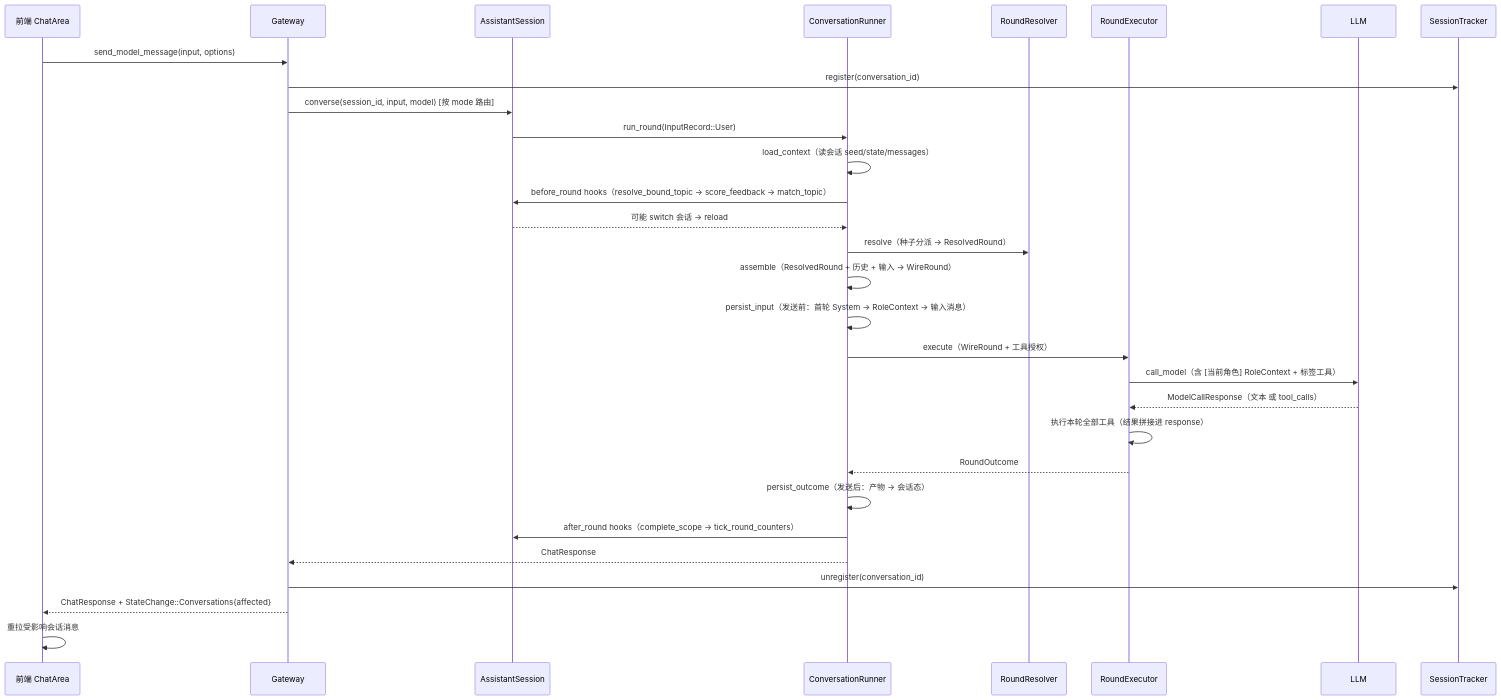
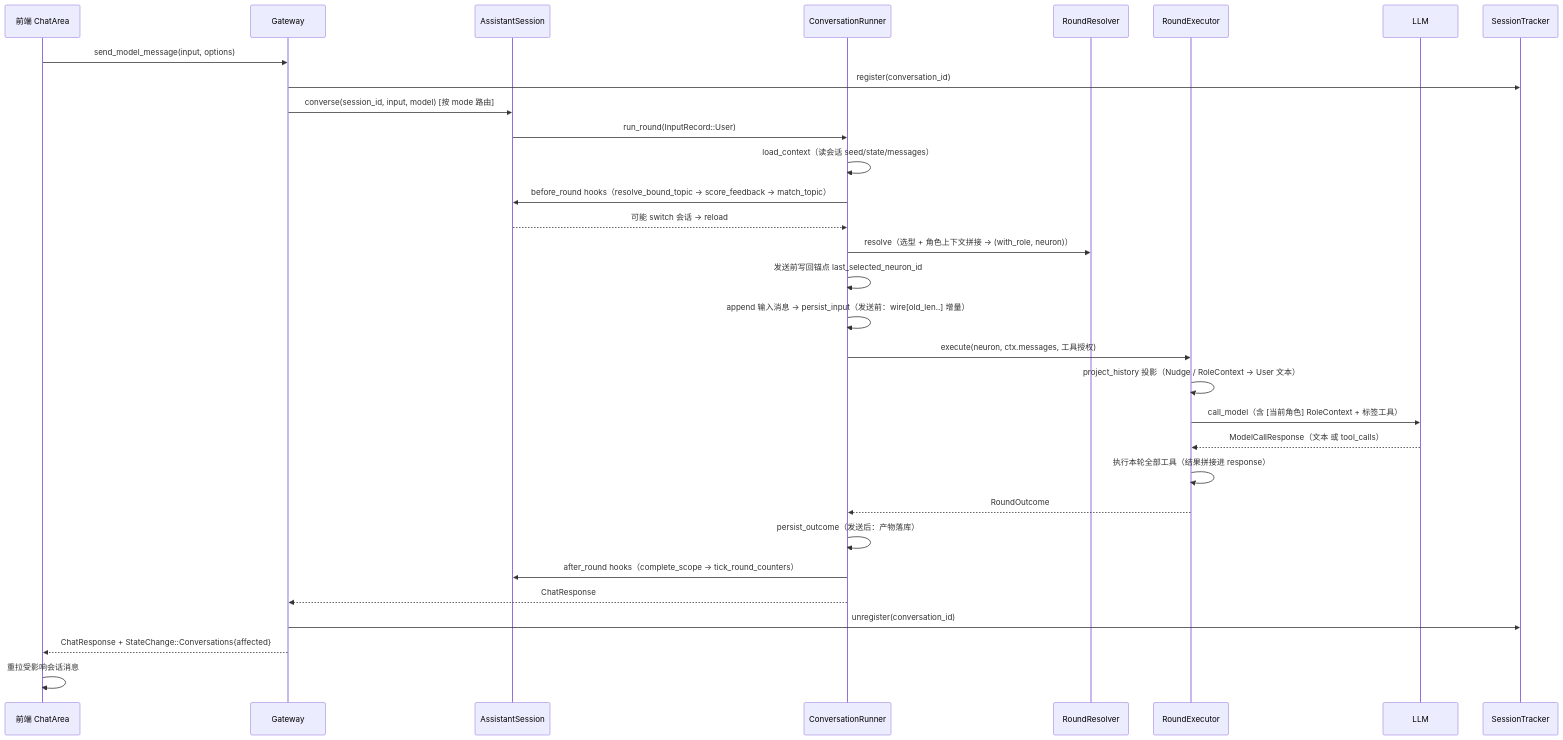
Before and after one commit to luoanb/new-start: the seventh of 8 diagrams in docs/pulsar/session-message-architecture.md, drawn with Mermaid. The commit also changed other lines of this file and 17 other files, not shown here.

````diff
--- a/docs/pulsar/session-message-architecture.md
+++ b/docs/pulsar/session-message-architecture.md
@@ -254,33 +247,34 @@
 ```mermaid
 sequenceDiagram
   participant UI as 前端 ChatArea
   participant GW as Gateway
   participant AS as AssistantSession
   participant RUN as ConversationRunner
   participant RV as RoundResolver
   participant EX as RoundExecutor
   participant LLM as LLM
   participant ST as SessionTracker
 
   UI->>GW: send_model_message(input, options)
   GW->>ST: register(conversation_id)
   GW->>AS: converse(session_id, input, model)  [按 mode 路由]
   AS->>RUN: run_round(InputRecord::User)
   RUN->>RUN: load_context（读会话 seed/state/messages）
   RUN->>AS: before_round hooks（resolve_bound_topic → score_feedback → match_topic）
   AS-->>RUN: 可能 switch 会话 → reload
-  RUN->>RV: resolve（种子分派 → ResolvedRound）
-  RUN->>RUN: assemble（ResolvedRound + 历史 + 输入 → WireRound）
-  RUN->>RUN: persist_input（发送前：首轮 System → RoleContext → 输入消息）
-  RUN->>EX: execute（WireRound + 工具授权）
+  RUN->>RV: resolve（选型 + 角色上下文拼接 → (with_role, neuron)）
+  RUN->>RUN: 发送前写回锚点 last_selected_neuron_id
+  RUN->>RUN: append 输入消息 → persist_input（发送前：wire[old_len..] 增量）
+  RUN->>EX: execute(neuron, ctx.messages, 工具授权)
+  EX->>EX: project_history 投影（Nudge / RoleContext → User 文本）
   EX->>LLM: call_model（含 [当前角色] RoleContext + 标签工具）
   LLM-->>EX: ModelCallResponse（文本 或 tool_calls）
   EX->>EX: 执行本轮全部工具（结果拼接进 response）
   EX-->>RUN: RoundOutcome
-  RUN->>RUN: persist_outcome（发送后：产物 → 会话态）
+  RUN->>RUN: persist_outcome（发送后：产物落库）
   RUN->>AS: after_round hooks（complete_scope → tick_round_counters）
   RUN-->>GW: ChatResponse
   GW->>ST: unregister(conversation_id)
   GW-->>UI: ChatResponse + StateChange::Conversations{affected}
   UI->>UI: 重拉受影响会话消息
 ```
````
